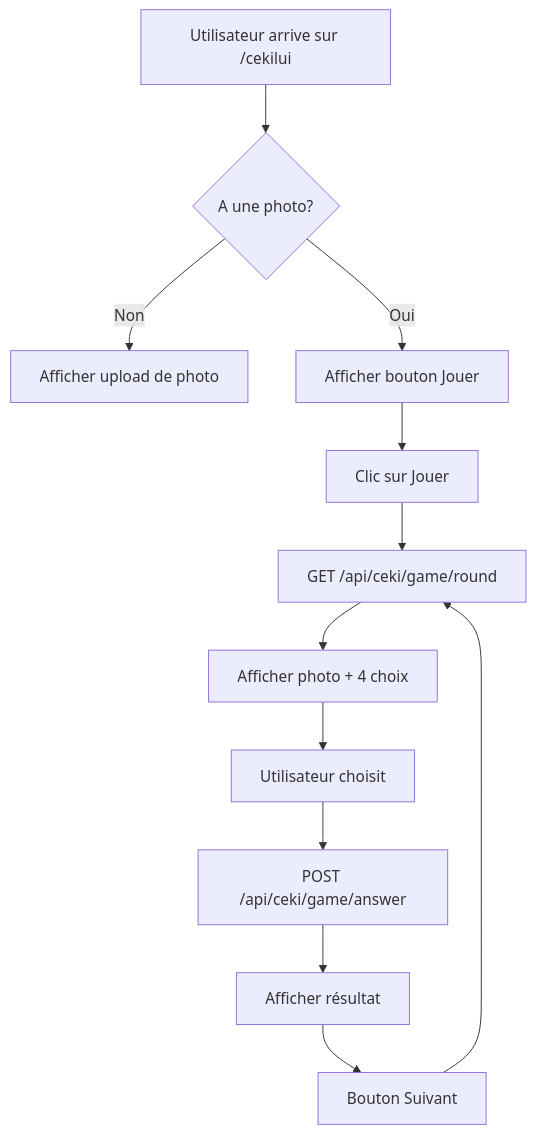
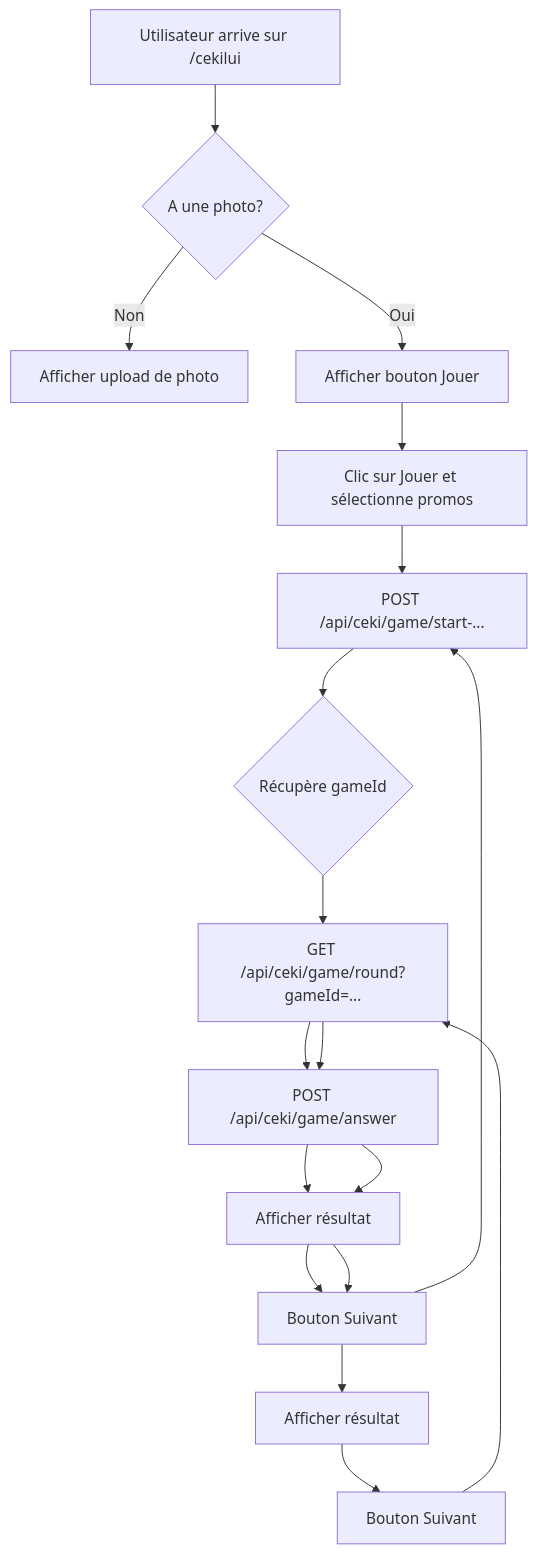
One commit to foucault-watt/centraliz changed the diagram in cekilui-game-plan.md. Above: the diagram before and after it, drawn with Mermaid. The commit also changed other lines of this file and 4 other files, not shown here.

````diff
--- a/cekilui-game-plan.md
+++ b/cekilui-game-plan.md
@@ -225,14 +247,20 @@
 ```mermaid
 graph TD
     A[Utilisateur arrive sur /cekilui] --> B{A une photo?}
     B -->|Non| C[Afficher upload de photo]
     B -->|Oui| D[Afficher bouton Jouer]
-    D --> E[Clic sur Jouer]
-    E --> F[GET /api/ceki/game/round]
-    F --> G[Afficher photo + 4 choix]
-    G --> H[Utilisateur choisit]
+    D --> E[Clic sur Jouer et sélectionne promos]
+    E --> F[POST /api/ceki/game/start-...]
+    F --> G{Récupère gameId}
+    G --> H[GET /api/ceki/game/round?gameId=...]
+    H --> I[Afficher photo + 4 choix]
+    I --> J[Utilisateur choisit]
+    J --> K[POST /api/ceki/game/answer]
+    K --> L[Afficher résultat]
+    L --> M[Bouton Suivant]
+    M --> H
     H --> I[POST /api/ceki/game/answer]
     I --> J[Afficher résultat]
     J --> K[Bouton Suivant]
     K --> F
 ```
````
